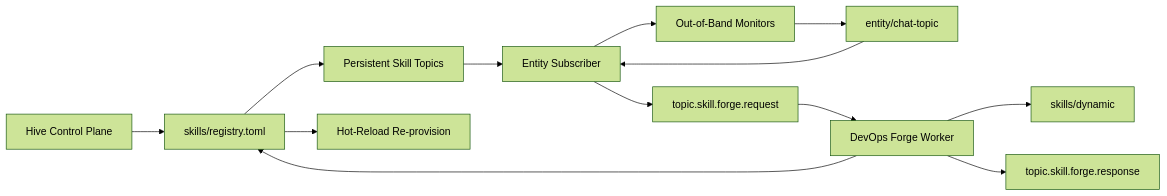
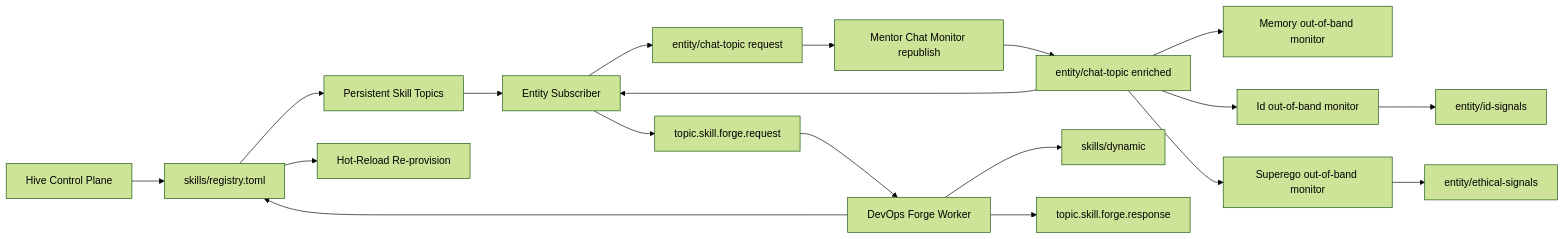
Before and after one commit to jbcupps/abigail: the diagram in documents/ARCHITECTURE_SKILL_TOPOLOGY_AND_FORGE.md, drawn with Mermaid (forest theme). The commit also changed other lines of this file and 16 other files, not shown here.

Commit message:
feat: mentor chat monitor + out-of-band id/superego/memory layer (Phase 3) **DOCS UPDATED**

````diff
--- a/documents/ARCHITECTURE_SKILL_TOPOLOGY_AND_FORGE.md
+++ b/documents/ARCHITECTURE_SKILL_TOPOLOGY_AND_FORGE.md
@@ -125,15 +126,21 @@
 ```mermaid
 flowchart LR
     Hive[Hive Control Plane] --> Registry[skills/registry.toml]
     Registry --> Topics[Persistent Skill Topics]
     Topics --> Entity[Entity Subscriber]
-    Entity --> Monitors[Out-of-Band Monitors]
-    Monitors --> ChatTopic[entity/chat-topic]
-    ChatTopic --> Entity
+    Entity --> ChatReq[entity/chat-topic request]
+    ChatReq --> Mentor[Mentor Chat Monitor republish]
+    Mentor --> ChatEnriched[entity/chat-topic enriched]
+    ChatEnriched --> Entity
+    ChatEnriched --> MemoryOob[Memory out-of-band monitor]
+    ChatEnriched --> IdOob[Id out-of-band monitor]
+    ChatEnriched --> SuperegoOob[Superego out-of-band monitor]
+    IdOob --> IdSignals[entity/id-signals]
+    SuperegoOob --> EthicalSignals[entity/ethical-signals]
     Entity --> ForgeReq[topic.skill.forge.request]
     ForgeReq --> ForgeWorker[DevOps Forge Worker]
     ForgeWorker --> Dynamic[skills/dynamic]
     ForgeWorker --> Registry
     Registry --> Watcher[Hot-Reload Re-provision]
     ForgeWorker --> ForgeResp[topic.skill.forge.response]
 ```
````
